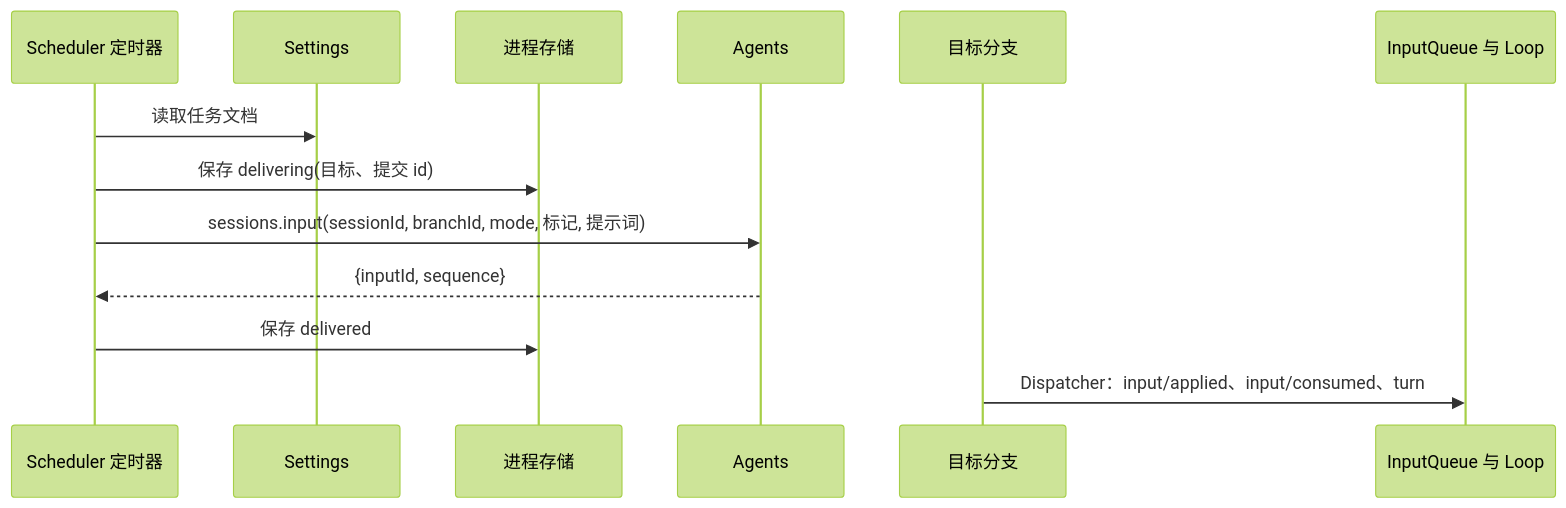
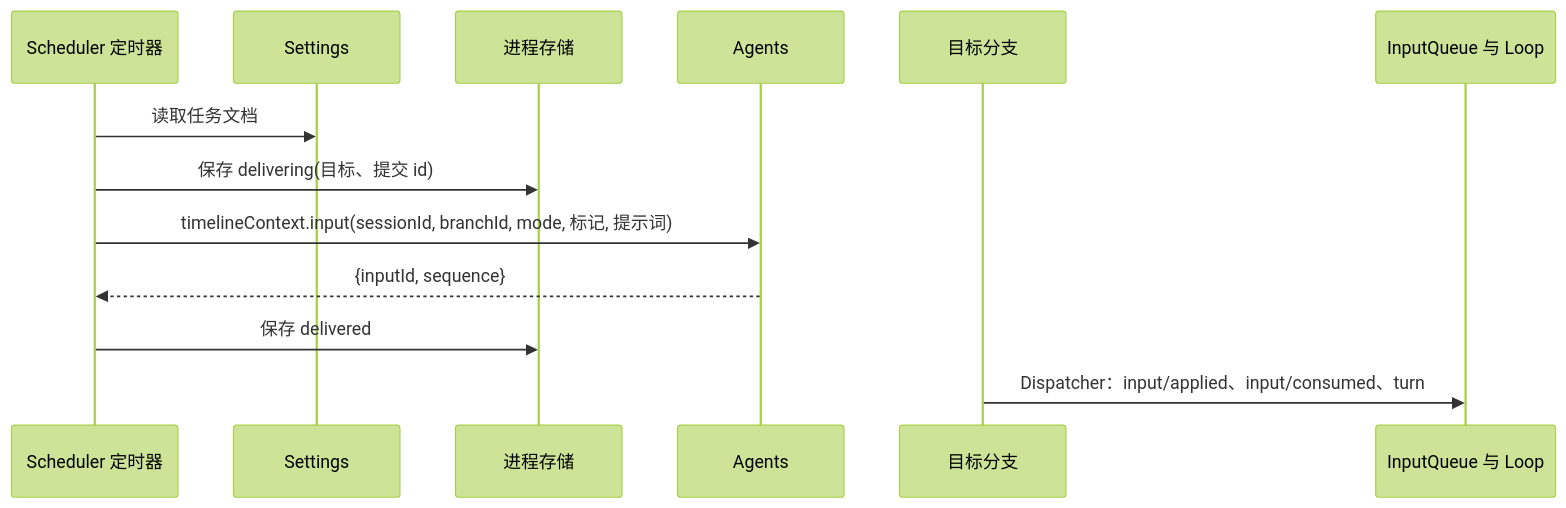
The third of 5 diagrams in docs/zh/design/plugins/Scheduler.md (arcships/dim), drawn with Mermaid (forest theme) before and after one commit. The commit also changed other lines of this file and 142 other files, not shown here.

````diff
--- a/docs/zh/design/plugins/Scheduler.md
+++ b/docs/zh/design/plugins/Scheduler.md
@@ -186,15 +190,15 @@
 ```mermaid
 sequenceDiagram
   participant T as Scheduler 定时器
   participant SET as Settings
   participant ST as 进程存储
   participant AG as Agents
   participant S as 目标分支
   participant IQ as InputQueue 与 Loop
   T->>SET: 读取任务文档
   T->>ST: 保存 delivering(目标、提交 id)
-  T->>AG: sessions.input(sessionId, branchId, mode, 标记, 提示词)
+  T->>AG: timelineContext.input(sessionId, branchId, mode, 标记, 提示词)
   AG-->>T: {inputId, sequence}
   T->>ST: 保存 delivered
   S->>IQ: Dispatcher：input/applied、input/consumed、turn
 ```
````
